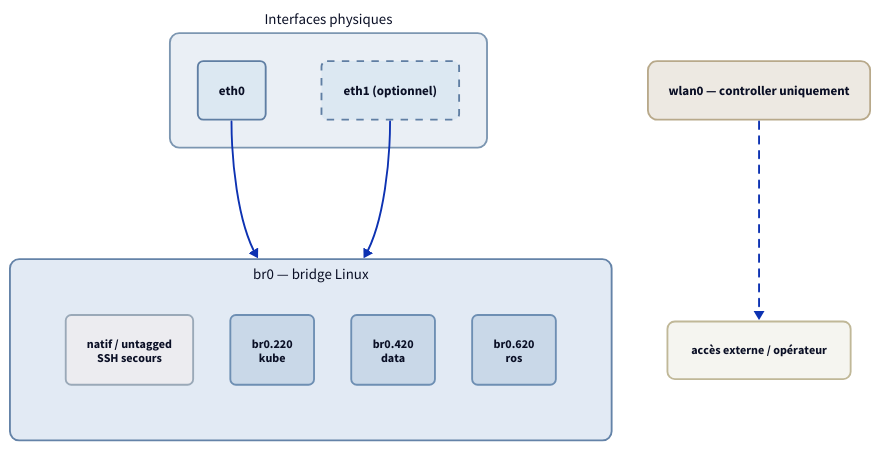
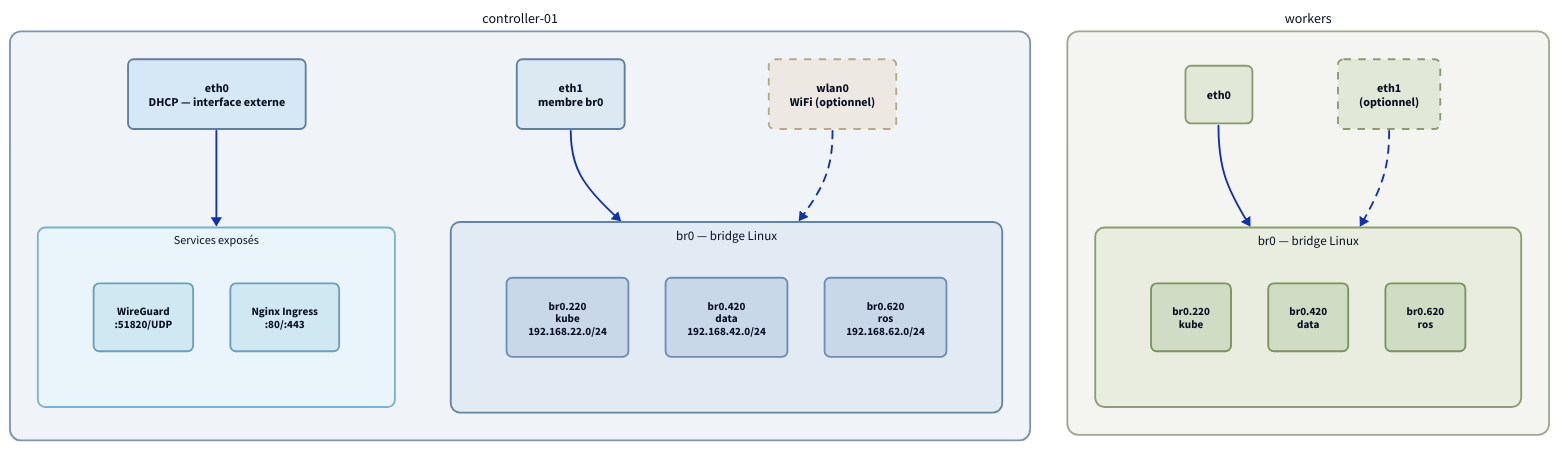
One commit to iobewi/kubewi changed the diagram in docs/_static/diagrams/network-stack.d2. Above: the diagram before and after it, drawn with D2. The commit also changed 327 other files, not shown here.

```diff
--- a/docs/_static/diagrams/network-stack.d2
+++ b/docs/_static/diagrams/network-stack.d2
@@ -1,80 +1,148 @@
 direction: down
 
-physical: {
-  label: "Interfaces physiques"
-  style.fill: "#eaeff5"
+# ── CONTROLLER ──────────────────────────────────────────────────────────────
+
+controller: {
+  label: "controller-01"
+  style.fill: "#f0f4f8"
   style.stroke: "#7c96b1"
-  style.border-radius: 10
-  style.font-size: 16
+  style.border-radius: 12
+  style.font-size: 15
 
-  eth0: "eth0" {
+  eth0: {
+    label: "eth0\nDHCP — interface externe"
+    style.fill: "#d6e8f5"
+    style.stroke: "#5f7ea3"
+    style.border-radius: 6
+    style.font-size: 13
+  }
+
+  external: {
+    label: "Services exposés"
+    style.fill: "#eaf4fb"
+    style.stroke: "#7ab3d4"
+    style.border-radius: 8
+    style.font-size: 13
+    grid-rows: 1
+    grid-columns: 2
+
+    wg: "WireGuard\n:51820/UDP" {
+      style.fill: "#d0e8f2"
+      style.stroke: "#6a9fc0"
+      style.border-radius: 6
+      style.font-size: 12
+    }
+    nginx: "Nginx Ingress\n:80/:443" {
+      style.fill: "#d0e8f2"
+      style.stroke: "#6a9fc0"
+      style.border-radius: 6
+      style.font-size: 12
+    }
+  }
+
+  eth1: {
+    label: "eth1\nmembre br0"
     style.fill: "#dce8f2"
     style.stroke: "#5f7ea3"
     style.border-radius: 6
-    style.font-size: 14
+    style.font-size: 13
   }
-  eth1: "eth1  (optionnel)" {
-    style.fill: "#dce8f2"
-    style.stroke: "#5f7ea3"
+
+  wlan0: {
+    label: "wlan0\nWiFi (optionnel)"
+    style.fill: "#ede9e2"
+    style.stroke: "#b8a98a"
     style.border-radius: 6
-    style.font-size: 14
+    style.font-size: 13
     style.stroke-dash: 4
   }
+
+  bridge: {
+    label: "br0 — bridge Linux"
+    style.fill: "#e2eaf4"
+    style.stroke: "#6483a8"
+    style.border-radius: 10
+    style.font-size: 14
+    grid-rows: 1
+    grid-columns: 3
+
+    v220: "br0.220\nkube\n192.168.22.0/24" {
+      style.fill: "#c9d8e8"
+      style.stroke: "#6e8fb3"
+      style.border-radius: 6
+      style.font-size: 12
+    }
+    v420: "br0.420\ndata\n192.168.42.0/24" {
+      style.fill: "#c9d8e8"
+      style.stroke: "#6e8fb3"
+      style.border-radius: 6
+      style.font-size: 12
+    }
+    v620: "br0.620\nros\n192.168.62.0/24" {
+      style.fill: "#c9d8e8"
+      style.stroke: "#6e8fb3"
+      style.border-radius: 6
+      style.font-size: 12
+    }
+  }
+
+  eth0 -> external
+  eth1 -> bridge
+  wlan0 -> bridge: {style.stroke-dash: 4}
 }
 
-bridge: {
-  label: "br0 — bridge Linux"
-  style.fill: "#e2eaf4"
-  style.stroke: "#6483a8"
-  style.border-radius: 10
-  style.font-size: 16
-  grid-rows: 1
-  grid-columns: 4
+# ── WORKERS ─────────────────────────────────────────────────────────────────
 
-  native: "natif / untagged\nSSH secours" {
-    style.fill: "#ececf0"
-    style.stroke: "#9aa9b8"
+workers: {
+  label: "workers"
+  style.fill: "#f4f4f0"
+  style.stroke: "#a0a890"
+  style.border-radius: 12
+  style.font-size: 15
+
+  eth0w: "eth0" {
+    style.fill: "#e2e8d8"
+    style.stroke: "#8a9a72"
     style.border-radius: 6
     style.font-size: 13
   }
-  v220: "br0.220\nkube" {
-    style.fill: "#c9d8e8"
-    style.stroke: "#6e8fb3"
+  eth1w: "eth1\n(optionnel)" {
+    style.fill: "#e2e8d8"
+    style.stroke: "#8a9a72"
     style.border-radius: 6
     style.font-size: 13
+    style.stroke-dash: 4
   }
-  v420: "br0.420\ndata" {
-    style.fill: "#c9d8e8"
-    style.stroke: "#6e8fb3"
-    style.border-radius: 6
-    style.font-size: 13
+
+  bridge_w: {
+    label: "br0 — bridge Linux"
+    style.fill: "#e8ede0"
+    style.stroke: "#8a9e70"
+    style.border-radius: 10
+    style.font-size: 14
+    grid-rows: 1
+    grid-columns: 3
+
+    v220w: "br0.220\nkube" {
+      style.fill: "#d0dcc4"
+      style.stroke: "#7a9460"
+      style.border-radius: 6
+      style.font-size: 12
+    }
+    v420w: "br0.420\ndata" {
+      style.fill: "#d0dcc4"
+      style.stroke: "#7a9460"
+      style.border-radius: 6
+      style.font-size: 12
+    }
+    v620w: "br0.620\nros" {
+      style.fill: "#d0dcc4"
+      style.stroke: "#7a9460"
+      style.border-radius: 6
+      style.font-size: 12
+    }
   }
-  v620: "br0.620\nros" {
-    style.fill: "#c9d8e8"
-    style.stroke: "#6e8fb3"
-    style.border-radius: 6
-    style.font-size: 13
-  }
+
+  eth0w -> bridge_w
+  eth1w -> bridge_w: {style.stroke-dash: 4}
 }
-
-wifi: {
-  label: "wlan0 — controller uniquement"
-  style.fill: "#ede9e2"
-  style.stroke: "#b8a98a"
-  style.border-radius: 10
-  style.font-size: 14
-}
-
-physical.eth0 -> bridge
-physical.eth1 -> bridge
-wifi -> "accès externe / opérateur": {
-  style.stroke-dash: 4
-  style.font-size: 12
-}
-
-"accès externe / opérateur": {
-  style.fill: "#f5f5f0"
-  style.stroke: "#c0b898"
-  style.border-radius: 8
-  style.font-size: 13
-}
```
